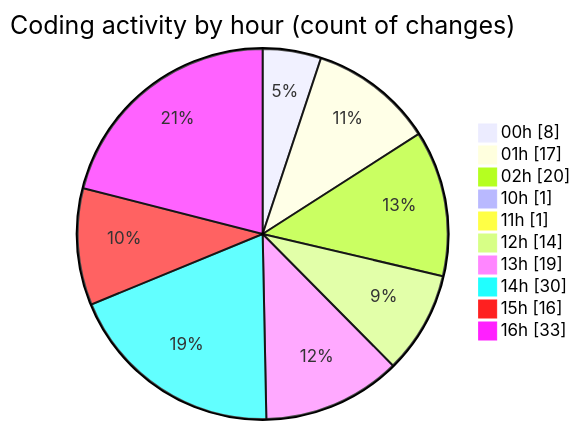
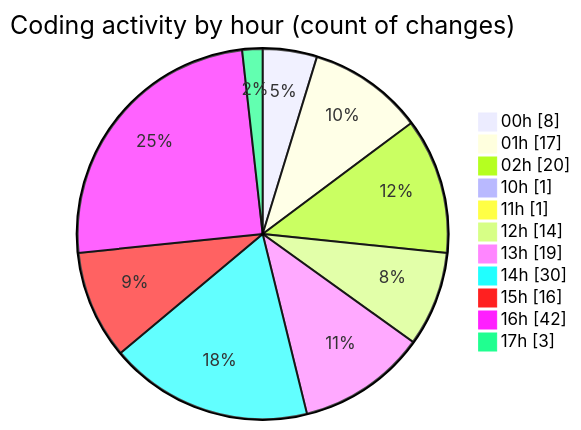
Before and after one commit to Elitesun/code-tracking: the second of 2 diagrams in 2025-05-02/niten/README.md, drawn with Mermaid. The commit also changed other lines of this file and 1 other file, not shown here.

````diff
--- a/2025-05-02/niten/README.md
+++ b/2025-05-02/niten/README.md
@@ -73,14 +76,15 @@
 ```mermaid
 pie showData
 title Coding activity by hour (count of changes)
 "00h" : 8
 "01h" : 17
 "02h" : 20
 "10h" : 1
 "11h" : 1
 "12h" : 14
 "13h" : 19
 "14h" : 30
 "15h" : 16
-"16h" : 33
+"16h" : 42
+"17h" : 3
 ```
````
